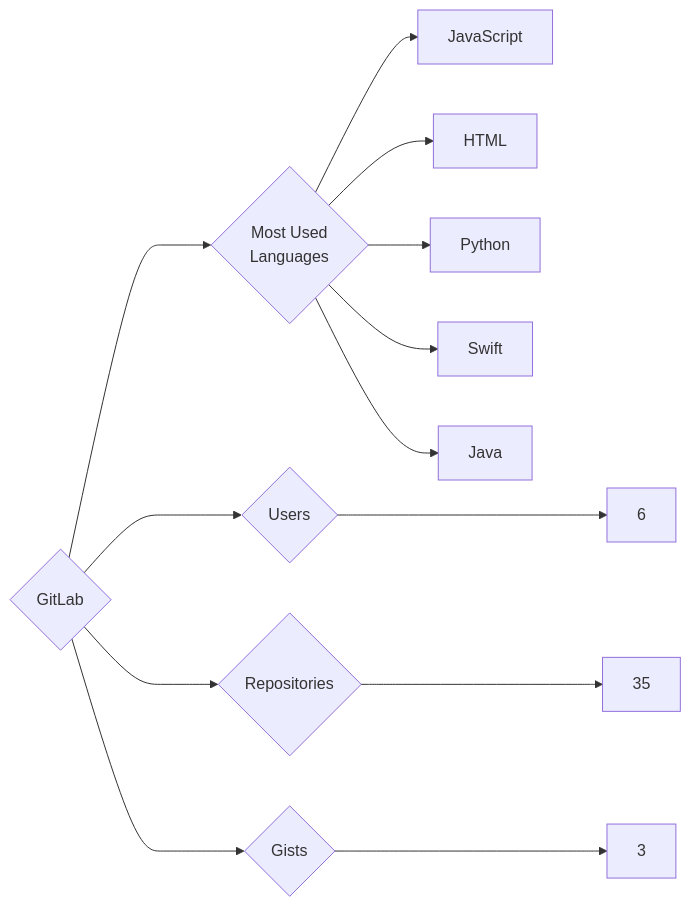
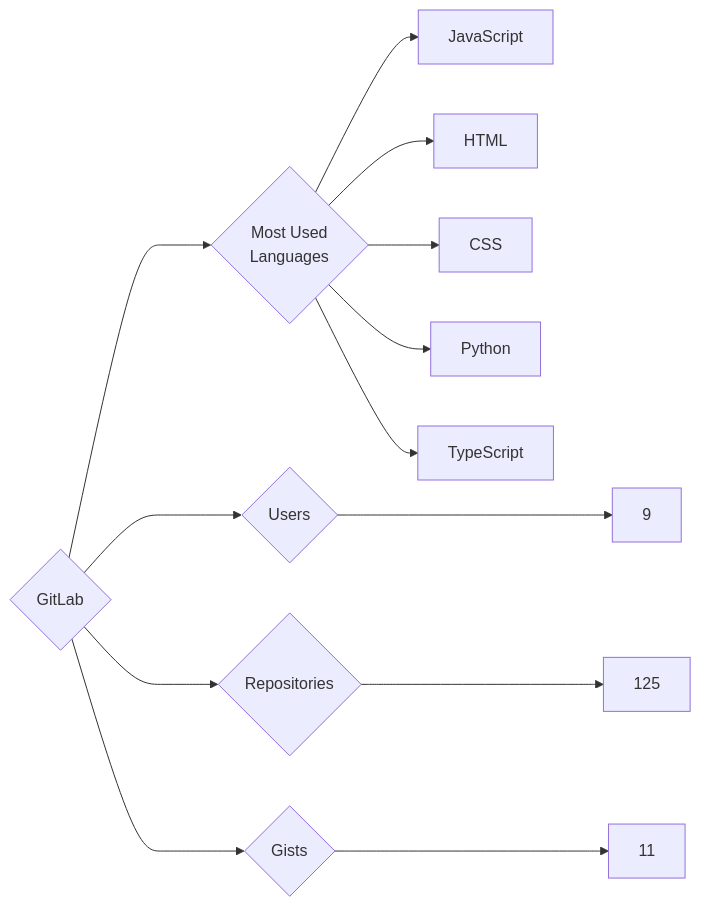
The diagram in targets/GitLab/README.md (trickest/insiders), drawn with Mermaid before and after one commit. The commit also changed 1055 other files, not shown here.

````diff
--- a/targets/GitLab/README.md
+++ b/targets/GitLab/README.md
@@ -3,13 +3,13 @@
 ```mermaid
 graph LR
 COMPANY_NAME{GitLab}
-COMPANY_NAME ---> U{Users} ---> UN[6]
-COMPANY_NAME ---> R{Repositories} ---> RN[35]
-COMPANY_NAME ---> G{Gists} ---> GN[3]
+COMPANY_NAME ---> U{Users} ---> UN[9]
+COMPANY_NAME ---> R{Repositories} ---> RN[125]
+COMPANY_NAME ---> G{Gists} ---> GN[11]
 COMPANY_NAME ---> ML{Most Used<br>Languages}
 ML --> JavaScript[JavaScript]
 ML --> HTML[HTML]
+ML --> CSS[CSS]
 ML --> Python[Python]
-ML --> Swift[Swift]
-ML --> Java[Java]
+ML --> TypeScript[TypeScript]
 ```
````
